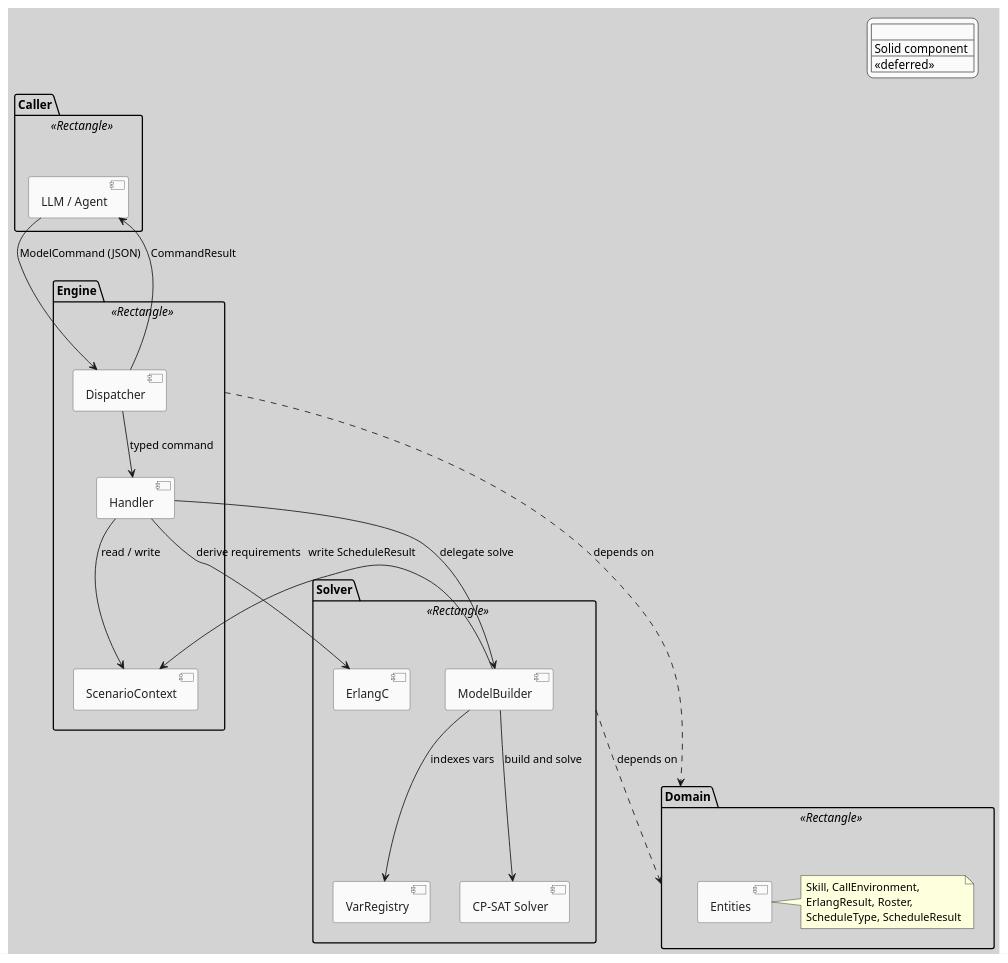
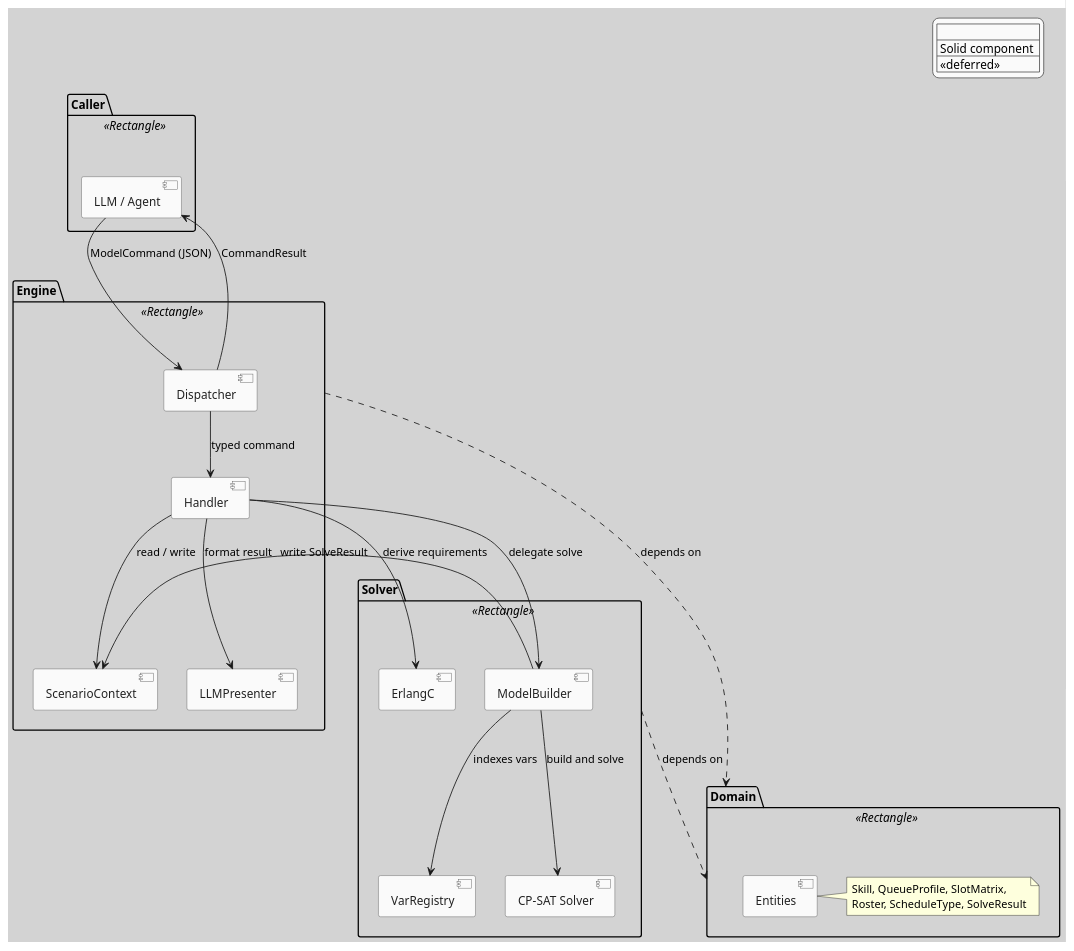
Before and after one commit to neon-tetra/schedule-architect: the diagram in docs/uml/architecture_component.puml, drawn with PlantUML. The commit also changed 3 other files, not shown here.

Commit message:
docs: align UML diagrams with new SolveResult domain model

```diff
--- a/docs/uml/architecture_component.puml
+++ b/docs/uml/architecture_component.puml
@@ -1,74 +1,75 @@
 @startuml architecture_component
 
 skinparam backgroundColor #D3D3D3
 skinparam defaultFontName Segoe UI
 
 skinparam component {
     BackgroundColor #FAFAFA
     BorderColor #555555
     FontColor #222222
     BackgroundColor<<deferred>> #E8E8E8
     BorderColor<<deferred>> #AAAAAA
     FontColor<<deferred>> #AAAAAA
     BorderStyle<<deferred>> dashed
 }
 
 skinparam legend {
     BackgroundColor #FAFAFA
     BorderColor #555555
 }
 
 legend top right
   <#FAFAFA,#555555>|                          |
   | Solid component  | Implemented            |
   | <<deferred>>     | Planned / future       |
 endlegend
 
 ' ─────────────────────────────────────────
 ' LAYERS
 ' ─────────────────────────────────────────
 
 package "Caller" <<Rectangle>> {
     [LLM / Agent] as LLM
 }
 
 package "Engine" <<Rectangle>> {
     [Dispatcher] as Dispatcher
     [Handler] as Handler
     [ScenarioContext] as Context
+    [LLMPresenter] as LLMPresenter
 }
 
 package "Solver" <<Rectangle>> {
     [ErlangC] as ErlangC
     [VarRegistry] as VarRegistry
     [ModelBuilder] as ModelBuilder
     [CP-SAT Solver] as CPSAT
 }
 
 package "Domain" <<Rectangle>> {
     [Entities] as Entities
     note right of Entities
-        Skill, CallEnvironment,
-        ErlangResult, Roster,
-        ScheduleType, ScheduleResult
+        Skill, QueueProfile, SlotMatrix,
+        Roster, ScheduleType, SolveResult
     end note
 }
 
 ' ─────────────────────────────────────────
 ' INTERACTIONS
 ' ─────────────────────────────────────────
 
 LLM --> Dispatcher : ModelCommand (JSON)
 Dispatcher --> Handler : typed command
 Handler --> Context : read / write
 Handler --> ModelBuilder : delegate solve
 ModelBuilder --> CPSAT : build and solve
 ModelBuilder --> VarRegistry : indexes vars
-ModelBuilder --> Context : write ScheduleResult
+ModelBuilder --> Context : write SolveResult
 Dispatcher --> LLM : CommandResult
 Handler --> ErlangC : derive requirements
+Handler --> LLMPresenter : format result
 
 Engine ..> Domain : depends on
 Solver ..> Domain : depends on
 
 @enduml
```
